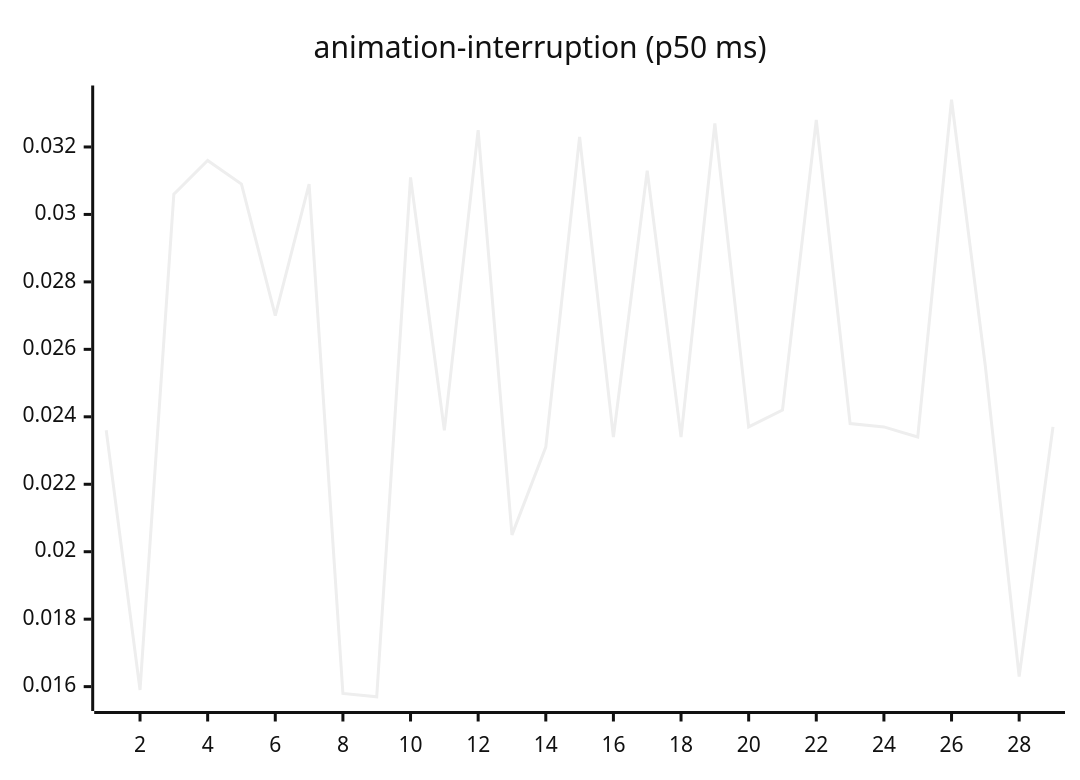
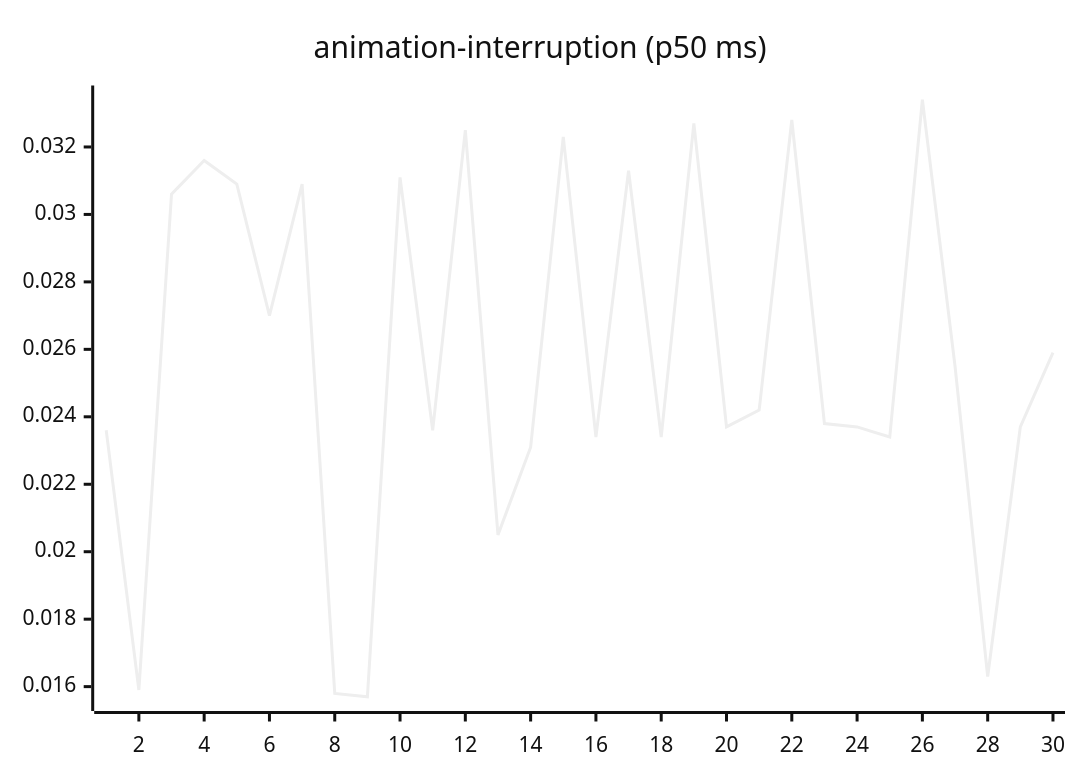
The third of 27 diagrams in README.md (josha/Facet), drawn with Mermaid (neutral theme) before and after one commit. The commit also changed other lines of this file and 2 other files, not shown here.

````diff
--- a/README.md
+++ b/README.md
@@ -77,6 +77,6 @@
 ```mermaid
 xychart-beta
     title "animation-interruption (p50 ms)"
-    x-axis 1 --> 29
-    line [0.0236, 0.0159, 0.0306, 0.0316, 0.0309, 0.0270, 0.0309, 0.0158, 0.0157, 0.0311, 0.0236, 0.0325, 0.0205, 0.0231, 0.0323, 0.0234, 0.0313, 0.0234, 0.0327, 0.0237, 0.0242, 0.0328, 0.0238, 0.0237, 0.0234, 0.0334, 0.0255, 0.0163, 0.0237]
+    x-axis 1 --> 30
+    line [0.0236, 0.0159, 0.0306, 0.0316, 0.0309, 0.0270, 0.0309, 0.0158, 0.0157, 0.0311, 0.0236, 0.0325, 0.0205, 0.0231, 0.0323, 0.0234, 0.0313, 0.0234, 0.0327, 0.0237, 0.0242, 0.0328, 0.0238, 0.0237, 0.0234, 0.0334, 0.0255, 0.0163, 0.0237, 0.0259]
 ```
````
